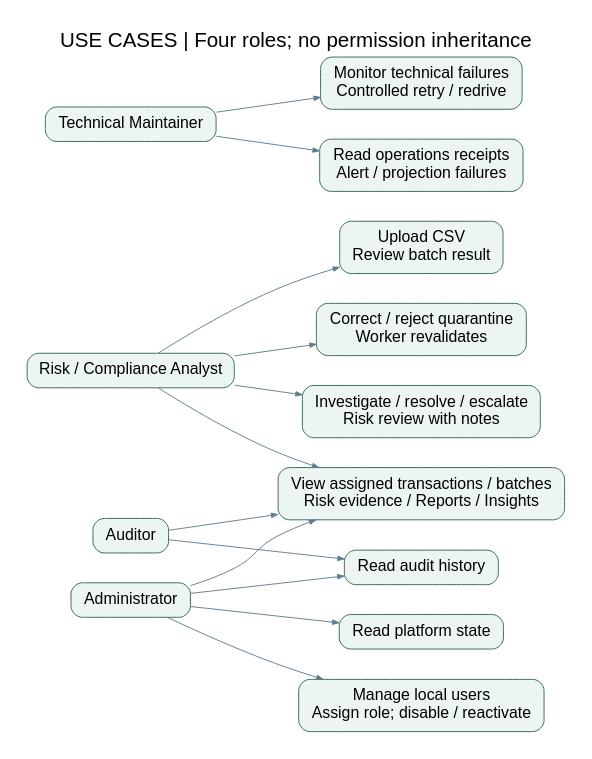
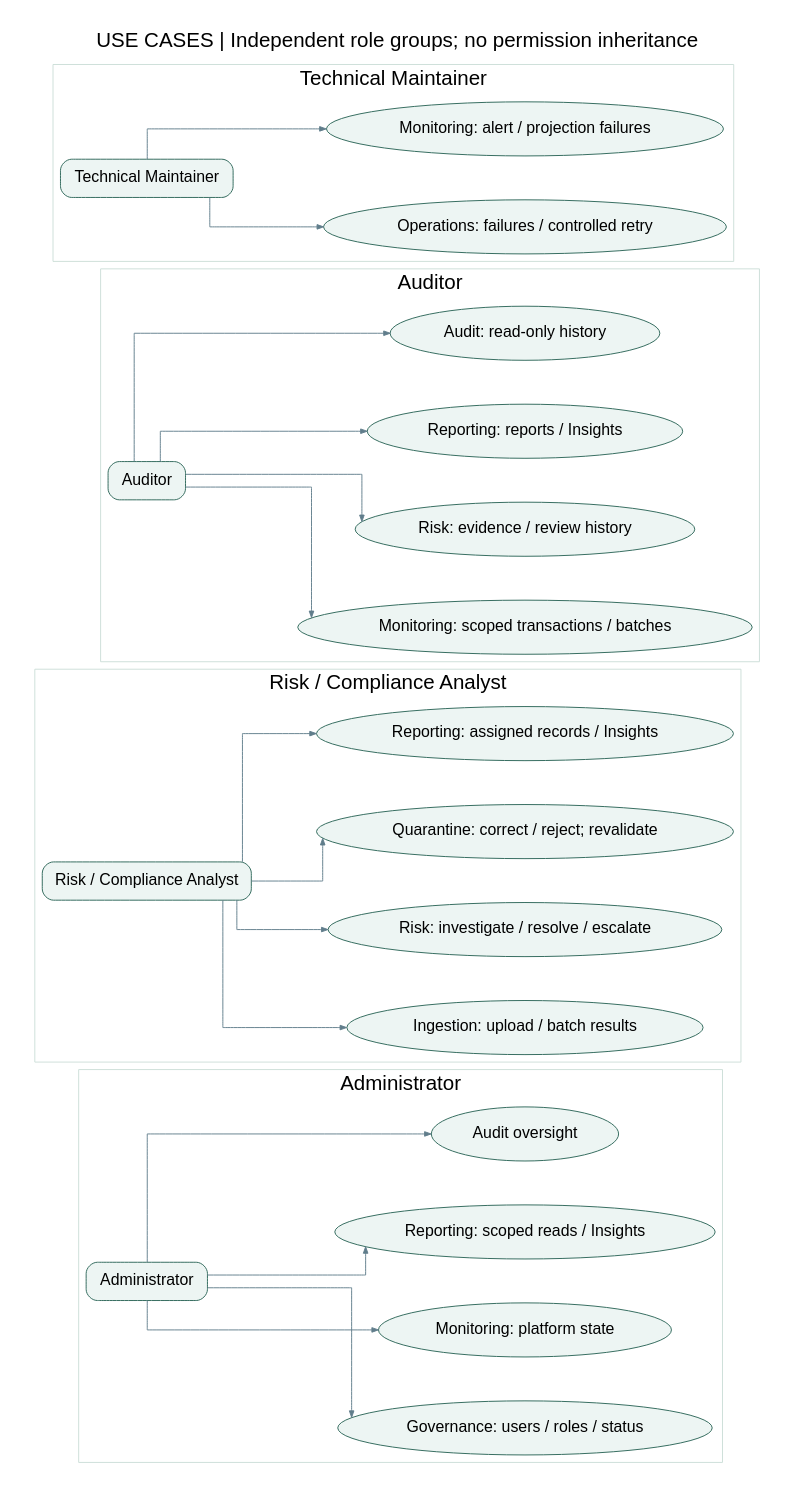
One commit to Nompil/fintrust changed the diagram in docs/presentation/diagram-source/fintrust-release1-use-cases.dot. Above: the diagram before and after it, drawn with Graphviz. The commit also changed 21 other files, not shown here.

Commit message:
Improve presentation diagram layout and readability

```diff
--- a/docs/presentation/diagram-source/fintrust-release1-use-cases.dot
+++ b/docs/presentation/diagram-source/fintrust-release1-use-cases.dot
@@ -1,30 +1,28 @@
+// VIEW: Role-grouped use cases
 digraph FinTrust {
-graph [bgcolor="#ffffff",fontname="Arial",fontsize=22,pad=0.3,nodesep=0.45,ranksep=0.65]; node [shape=box,style="rounded,filled",fillcolor="#edf5f3",color="#2b6557",fontname="Arial",fontsize=17,margin="0.18,0.13"]; edge [color="#607d8b",fontname="Arial",fontsize=13,arrowsize=0.7];
-rankdir=LR; label="USE CASES | Four roles; no permission inheritance"; labelloc=t;
-{rank=same;admin;analyst;auditor;maint;}
-admin [label="Administrator",shape=box];
-analyst [label="Risk / Compliance Analyst",shape=box];
-auditor [label="Auditor",shape=box];
-maint [label="Technical Maintainer",shape=box];
-users [label="Manage local users\nAssign role; disable / reactivate",shape=box];
-view [label="View assigned transactions / batches\nRisk evidence / Reports / Insights",shape=box];
-audit [label="Read audit history",shape=box];
-upload [label="Upload CSV\nReview batch result",shape=box];
-correct [label="Correct / reject quarantine\nWorker revalidates",shape=box];
-review [label="Investigate / resolve / escalate\nRisk review with notes",shape=box];
-state [label="Read platform state",shape=box];
-recover [label="Monitor technical failures\nControlled retry / redrive",shape=box];
-runtime [label="Read operations receipts\nAlert / projection failures",shape=box];
-admin -> users;
-admin -> view;
-admin -> audit;
-admin -> state;
-analyst -> view;
-analyst -> upload;
-analyst -> correct;
-analyst -> review;
-auditor -> view;
-auditor -> audit;
-maint -> recover;
-maint -> runtime;
+graph [bgcolor="white",fontname="Arial",fontsize=22,pad=.3,nodesep=.65,ranksep=.7,splines=ortho]; node [shape=box,style="rounded,filled",fillcolor="#edf5f3",color="#2b6557",fontname="Arial",fontsize=17,margin=".2,.15"]; edge [color="#607d8b",fontname="Arial",fontsize=12,arrowsize=.7]; labelloc=t;
+rankdir=LR;label="USE CASES | Independent role groups; no permission inheritance";
+subgraph cluster_admin {label="Administrator";color="#ccded8";admin [label="Administrator"];
+admin0 [label="Governance: users / roles / status",shape=ellipse];admin -> admin0;
+admin1 [label="Monitoring: platform state",shape=ellipse];admin -> admin1;
+admin2 [label="Reporting: scoped reads / Insights",shape=ellipse];admin -> admin2;
+admin3 [label="Audit oversight",shape=ellipse];admin -> admin3;
 }
+subgraph cluster_analyst {label="Risk / Compliance Analyst";color="#ccded8";analyst [label="Risk / Compliance Analyst"];
+analyst0 [label="Ingestion: upload / batch results",shape=ellipse];analyst -> analyst0;
+analyst1 [label="Risk: investigate / resolve / escalate",shape=ellipse];analyst -> analyst1;
+analyst2 [label="Quarantine: correct / reject; revalidate",shape=ellipse];analyst -> analyst2;
+analyst3 [label="Reporting: assigned records / Insights",shape=ellipse];analyst -> analyst3;
+}
+subgraph cluster_auditor {label="Auditor";color="#ccded8";auditor [label="Auditor"];
+auditor0 [label="Monitoring: scoped transactions / batches",shape=ellipse];auditor -> auditor0;
+auditor1 [label="Risk: evidence / review history",shape=ellipse];auditor -> auditor1;
+auditor2 [label="Reporting: reports / Insights",shape=ellipse];auditor -> auditor2;
+auditor3 [label="Audit: read-only history",shape=ellipse];auditor -> auditor3;
+}
+subgraph cluster_maint {label="Technical Maintainer";color="#ccded8";maint [label="Technical Maintainer"];
+maint0 [label="Operations: failures / controlled retry",shape=ellipse];maint -> maint0;
+maint1 [label="Monitoring: alert / projection failures",shape=ellipse];maint -> maint1;
+}
+
+}
```
